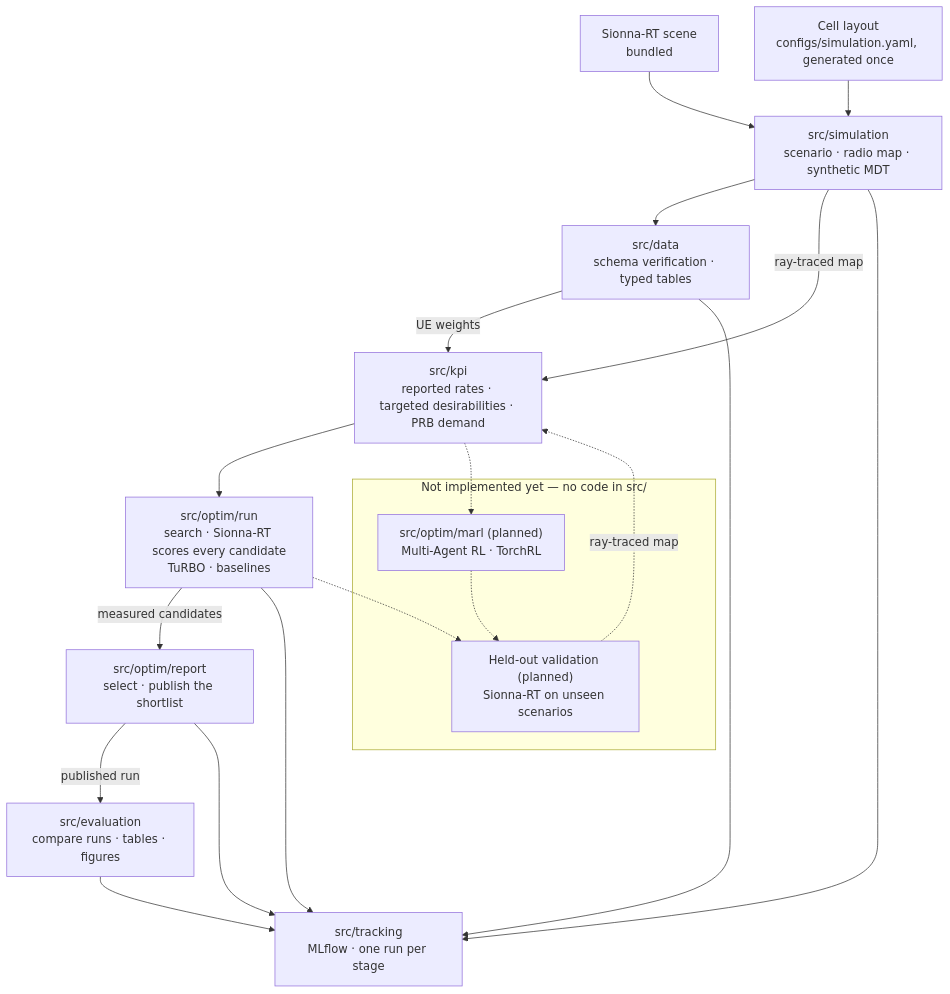
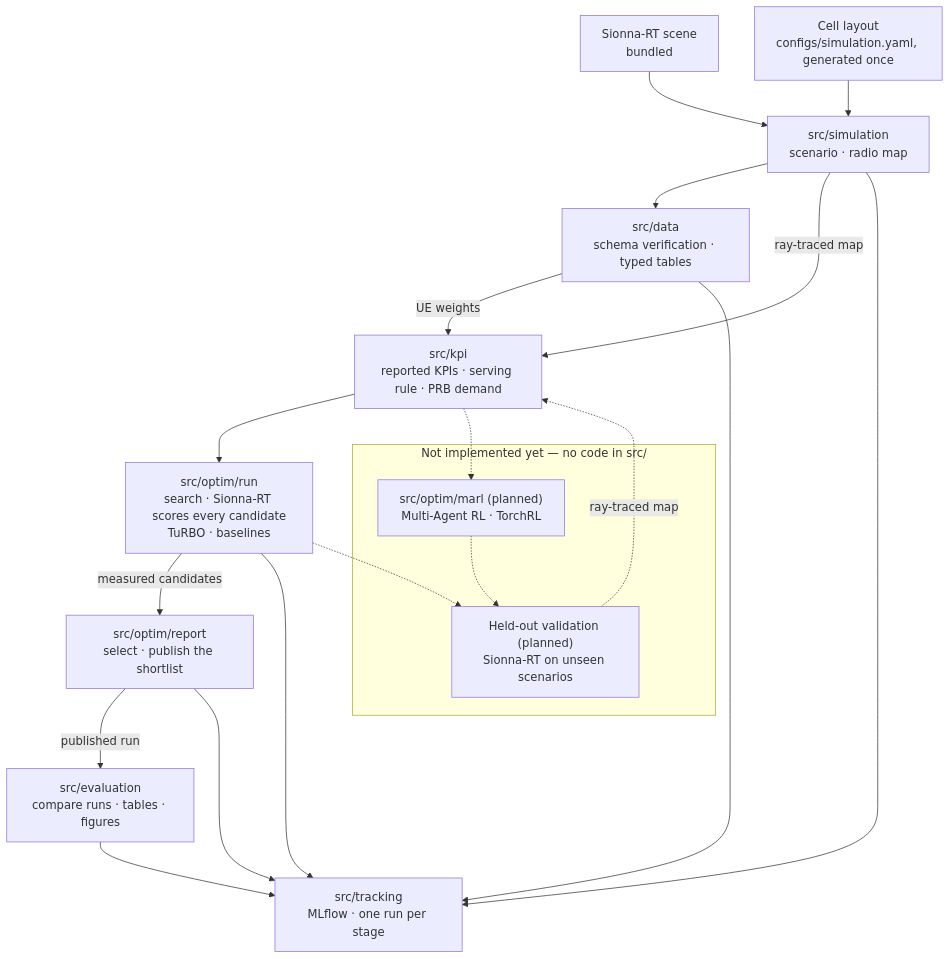
One commit to NguyenVu04/band-tilt changed the diagram in README.md. Above: the diagram before and after it, drawn with Mermaid. The commit also changed other lines of this file and 57 other files, not shown here.

````diff
--- a/README.md
+++ b/README.md
@@ -92,32 +96,32 @@
 ```mermaid
 flowchart TB
     scene["Sionna-RT scene<br/>bundled"]
     cells["Cell layout<br/>configs/simulation.yaml, generated once"]
 
-    sim["src/simulation<br/>scenario · radio map · synthetic MDT"]
+    sim["src/simulation<br/>scenario · radio map"]
     prep["src/data<br/>schema verification · typed tables"]
-    kpi["src/kpi<br/>reported rates · targeted desirabilities · PRB demand"]
+    kpi["src/kpi<br/>reported KPIs · serving rule · PRB demand"]
     opt["src/optim/run<br/>search · Sionna-RT scores every candidate<br/>TuRBO · baselines"]
     ver["src/optim/report<br/>select · publish the shortlist"]
     rep["src/evaluation<br/>compare runs · tables · figures"]
     mlf["src/tracking<br/>MLflow · one run per stage"]
 
     subgraph future["Not implemented yet — no code in src/"]
         marl["src/optim/marl (planned)<br/>Multi-Agent RL · TorchRL"]
         val["Held-out validation (planned)<br/>Sionna-RT on unseen scenarios"]
     end
 
     scene --> sim
     cells --> sim
     sim --> prep
     sim -->|ray-traced map| kpi
     prep -->|UE weights| kpi
     kpi --> opt
     opt -->|measured candidates| ver
     ver -->|published run| rep
     sim & prep & opt & ver & rep --> mlf
     kpi -.-> marl
     opt -.-> val
     marl -.-> val
     val -.->|ray-traced map| kpi
 ```
````
